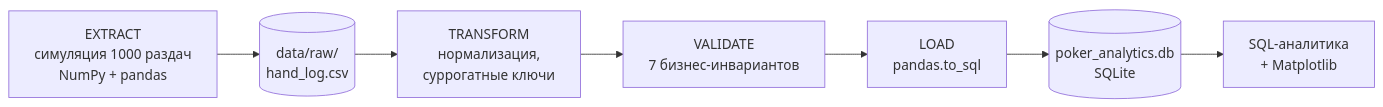
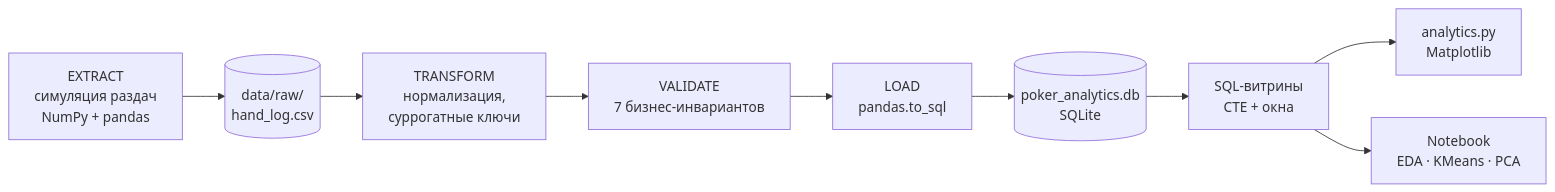
The first of 2 diagrams in README.md (Andron1dze/texas-holdem-etl), drawn with Mermaid before and after one commit. The commit also changed other lines of this file and 9 other files, not shown here.

First line of the commit message:
feat: EDA and player clustering notebook

````diff
--- a/README.md
+++ b/README.md
@@ -30,9 +45,11 @@
 ```mermaid
 flowchart LR
-    A[EXTRACT<br/>симуляция 1000 раздач<br/>NumPy + pandas] --> B[(data/raw/<br/>hand_log.csv)]
+    A[EXTRACT<br/>симуляция раздач<br/>NumPy + pandas] --> B[(data/raw/<br/>hand_log.csv)]
     B --> C[TRANSFORM<br/>нормализация,<br/>суррогатные ключи]
     C --> D[VALIDATE<br/>7 бизнес-инвариантов]
     D --> E[LOAD<br/>pandas.to_sql]
     E --> F[(poker_analytics.db<br/>SQLite)]
-    F --> G[SQL-аналитика<br/>+ Matplotlib]
+    F --> G[SQL-витрины<br/>CTE + окна]
+    G --> H[analytics.py<br/>Matplotlib]
+    G --> I[Notebook<br/>EDA · KMeans · PCA]
 ```
````
